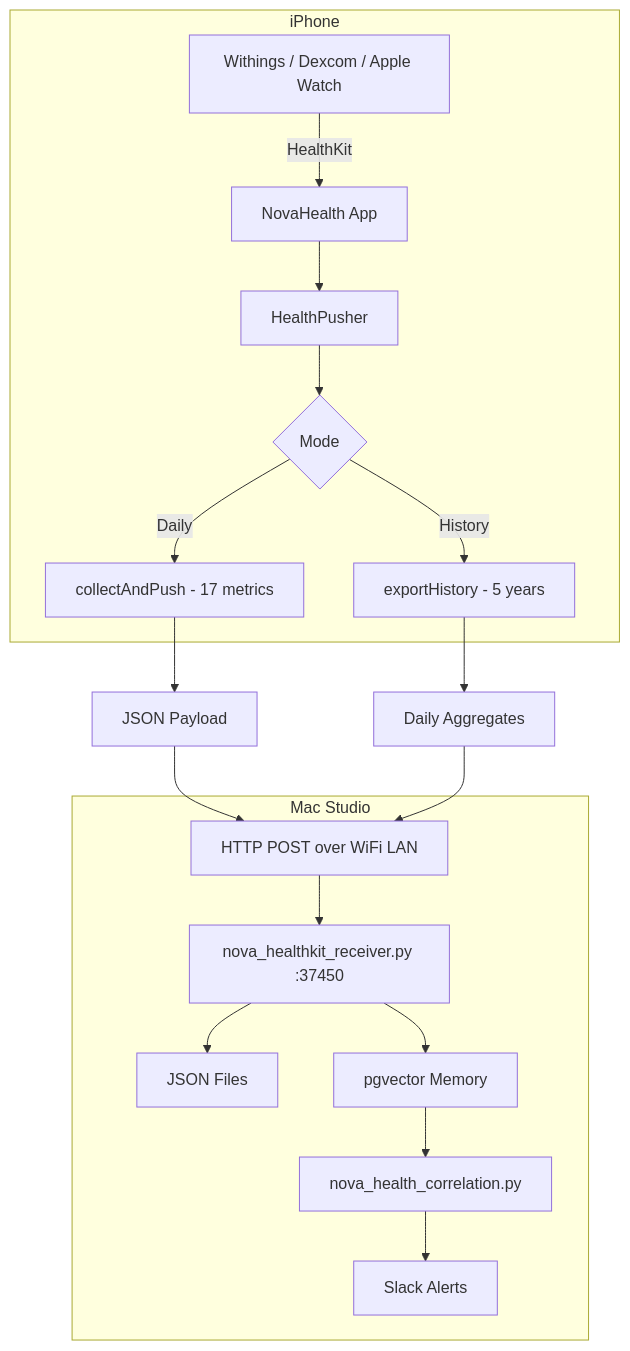
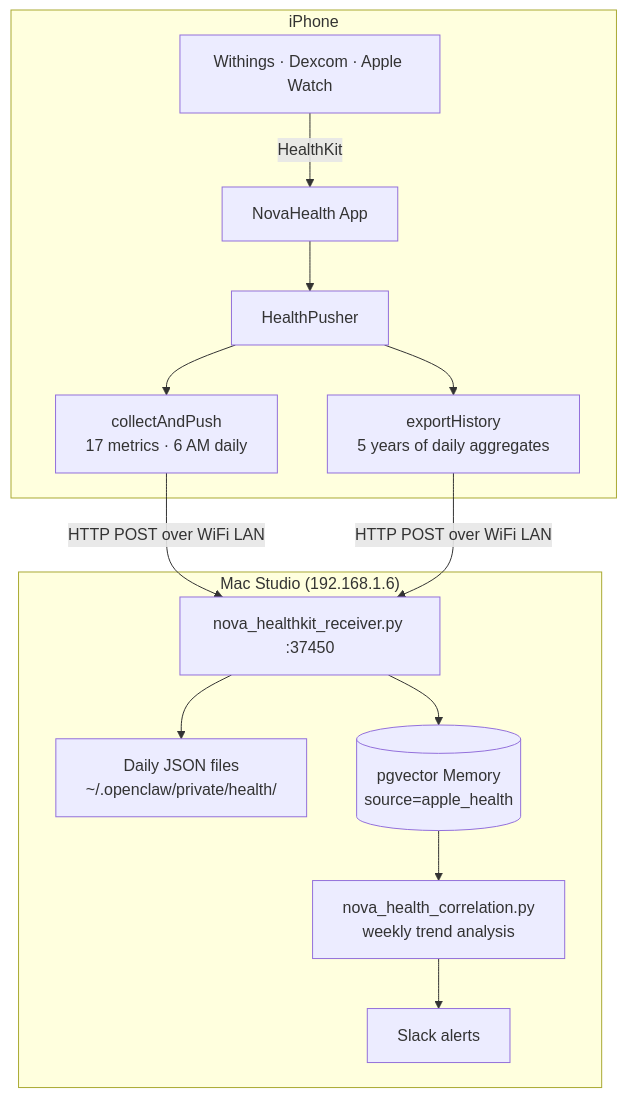
One commit to kochj23/NovaHealth changed the first of 2 diagrams in README.md. Above: the diagram before and after it, drawn with Mermaid. The commit also changed other lines of this file, not shown here.

Commit message:
docs: rewrite README — updated memory count to 1.48M, cleaner Mermaid diagrams

````diff
--- a/README.md
+++ b/README.md
@@ -16,23 +17,19 @@
 ```mermaid
 graph TD
     subgraph iPhone
-        A[Withings / Dexcom / Apple Watch] -->|HealthKit| B[NovaHealth App]
-        B --> C[HealthPusher]
-        C --> D{Mode}
-        D -->|Daily| E[collectAndPush - 17 metrics]
-        D -->|History| F[exportHistory - 5 years]
+        Devices[Withings · Dexcom · Apple Watch] -->|HealthKit| App[NovaHealth App]
+        App --> Pusher[HealthPusher]
+        Pusher --> Daily[collectAndPush<br/>17 metrics · 6 AM daily]
+        Pusher --> History[exportHistory<br/>5 years of daily aggregates]
     end
 
-    E --> G[JSON Payload]
-    F --> H[Daily Aggregates]
-    G --> I[HTTP POST over WiFi LAN]
-    H --> I
+    Daily & History -->|HTTP POST over WiFi LAN| Receiver
 
-    subgraph Mac["Mac Studio"]
-        I --> J[nova_healthkit_receiver.py :37450]
-        J --> K[JSON Files]
-        J --> L[pgvector Memory]
-        L --> M[nova_health_correlation.py]
-        M --> N[Slack Alerts]
+    subgraph Mac["Mac Studio (192.168.1.6)"]
+        Receiver[nova_healthkit_receiver.py :37450]
+        Receiver --> Files[Daily JSON files<br/>~/.openclaw/private/health/]
+        Receiver --> Memory[(pgvector Memory<br/>source=apple_health)]
+        Memory --> Corr[nova_health_correlation.py<br/>weekly trend analysis]
+        Corr --> Slack[Slack alerts]
     end
 ```
````
